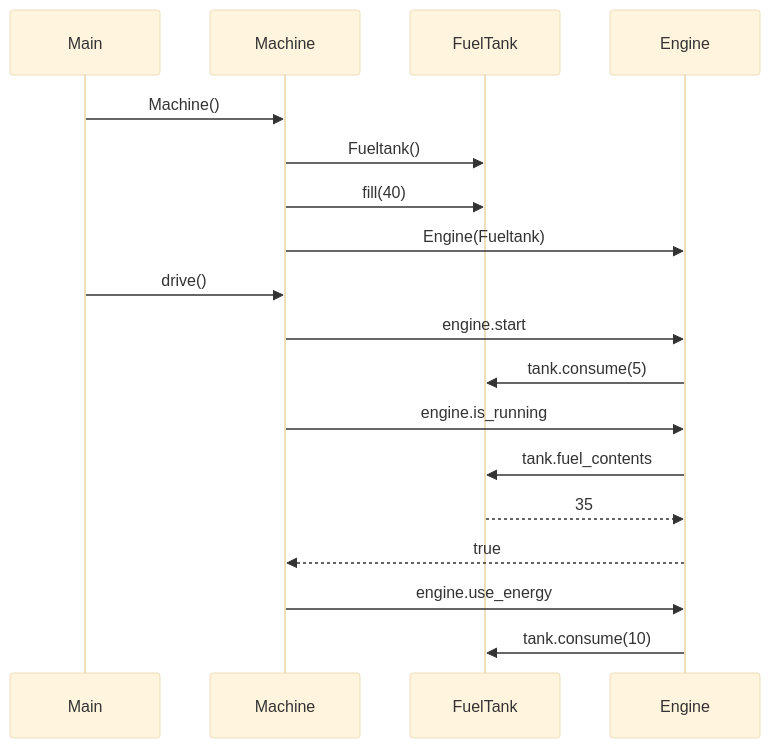
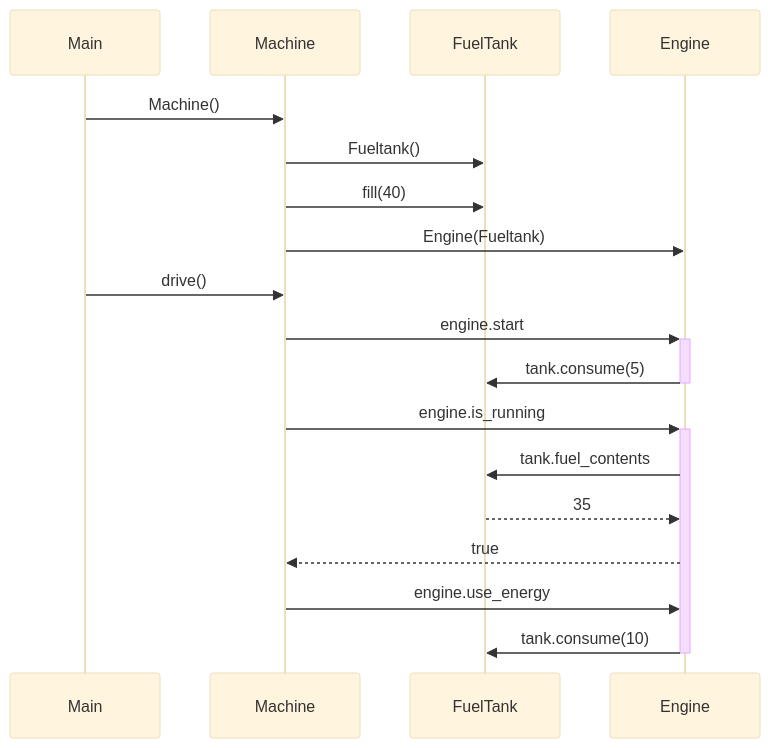
The diagram in laskarit/viikko3/machine.md (Nanotiike/ot-harjoitustyo), drawn with Mermaid (base theme) before and after one commit.

````diff
--- a/laskarit/viikko3/machine.md
+++ b/laskarit/viikko3/machine.md
@@ -1,20 +1,20 @@
 ```mermaid
 sequenceDiagram
    participant X as Main
    participant M as Machine
    participant F as FuelTank
    participant E as Engine
    X ->> M: Machine()
    M ->> F: Fueltank()
    M ->> F: fill(40)
    M ->> E: Engine(Fueltank)
    X ->> M: drive()
-   M ->> E: engine.start
-   E ->> F: tank.consume(5)
-   M ->> E: engine.is_running
+   M ->>+ E: engine.start
+   E ->>- F: tank.consume(5)
+   M ->>+ E: engine.is_running
    E ->> F: tank.fuel_contents
    F -->> E: 35
    E -->> M: true
    M ->> E: engine.use_energy
-   E ->> F: tank.consume(10)
+   E ->>- F: tank.consume(10)
 ```
````
